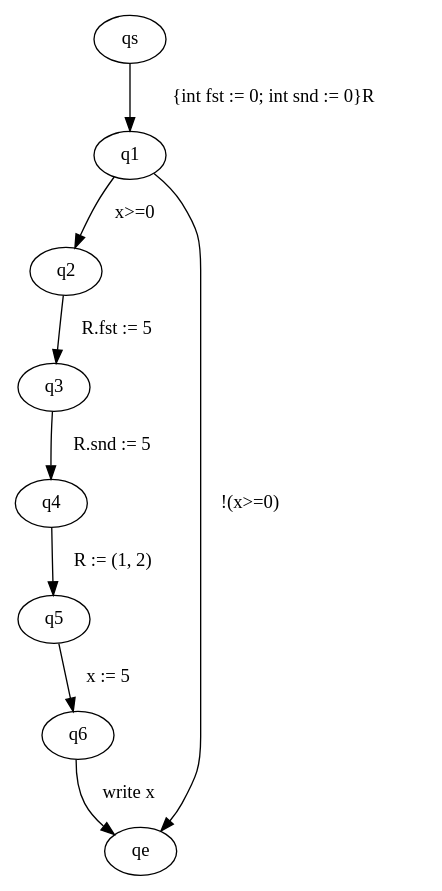
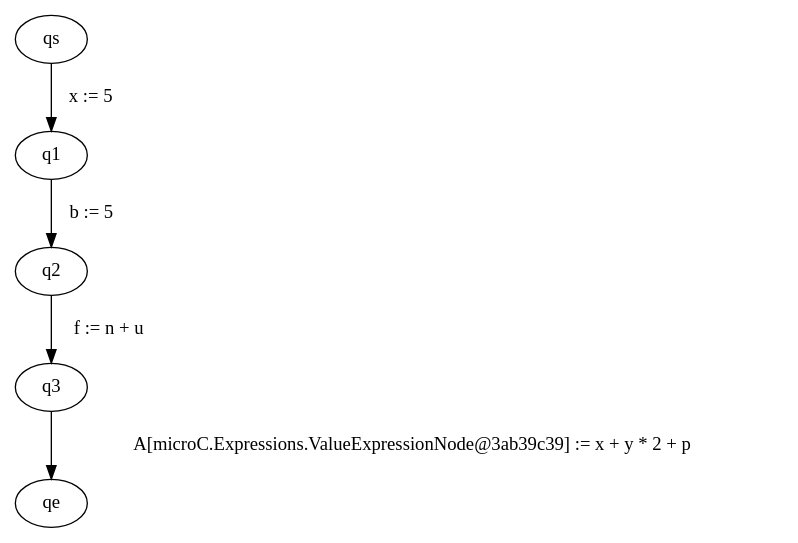
The diagram in src/main/java/graphviz/input.dot (FloKes/ProgramAnalysis), drawn with Graphviz before and after one commit. The commit also changed 14 other files, not shown here.

```diff
--- a/src/main/java/graphviz/input.dot
+++ b/src/main/java/graphviz/input.dot
@@ -1,10 +1,6 @@
 digraph ProgramGraph{
-"qs" -> "q1" [label="  {int fst := 0; int snd := 0}R   "] 
-"q1" -> "q2" [label="  x>=0   "] 
-"q1" -> "qe" [label="  !(x>=0)   "] 
-"q2" -> "q3" [label="  R.fst := 5   "] 
-"q3" -> "q4" [label="  R.snd := 5   "] 
-"q4" -> "q5" [label="  R := (1, 2)   "] 
-"q5" -> "q6" [label="  x := 5   "] 
-"q6" -> "qe" [label="  write x   "] 
+"qs" -> "q1" [label="  x := 5   "] 
+"q1" -> "q2" [label="  b := 5   "] 
+"q2" -> "q3" [label="  f := n + u   "] 
+"q3" -> "qe" [label="  A[microC.Expressions.ValueExpressionNode@3ab39c39] := x + y * 2 + p   "] 
 }
```
